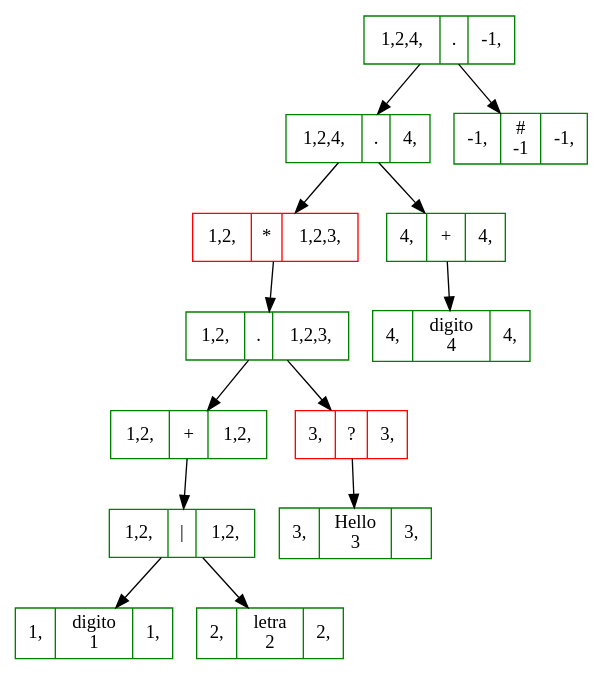
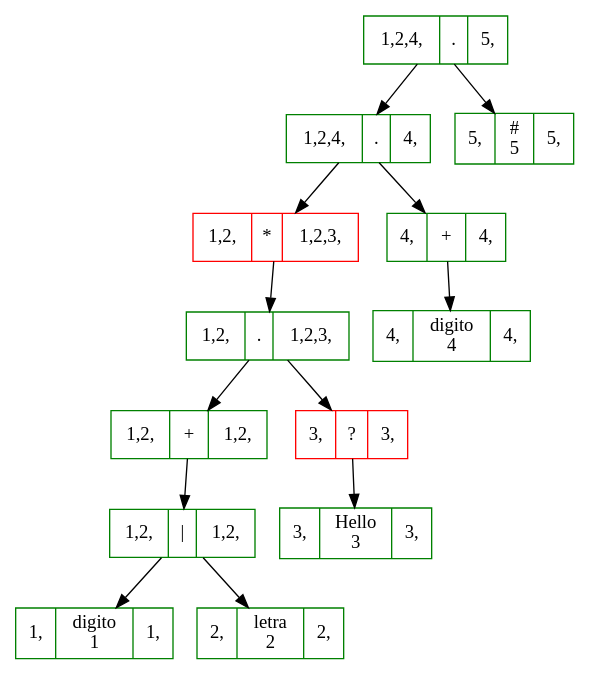
One commit to diegomazariegos2002/OLC1-P1-202003975 changed the diagram in OLC1-P1-202003975/decimal_Arbol.dot. Above: the diagram before and after it, drawn with Graphviz. The commit also changed 50 other files, not shown here.

```diff
--- a/OLC1-P1-202003975/decimal_Arbol.dot
+++ b/OLC1-P1-202003975/decimal_Arbol.dot
@@ -1,53 +1,53 @@
 digraph structs { 
 node[shape = box]; 
 node[shape = box, color = green]; 
-Nodo726281927[shape=record, label = "<f0> 1,2,4, | <f1>. | <f2> -1,"];
+Nodo1306854175[shape=record, label = "<f0> 1,2,4, | <f1>. | <f2> 5,"];
 node[shape = box, color = green]; 
-Nodo1151755506[shape=record, label = "<f0> 1,2,4, | <f1>. | <f2> 4,"];
+Nodo1088872417[shape=record, label = "<f0> 1,2,4, | <f1>. | <f2> 4,"];
 node[shape = box, color = red]; 
-Nodo2141179775[shape=record, label = "<f0> 1,2, | <f1>* | <f2> 1,2,3,"];
+Nodo453523494[shape=record, label = "<f0> 1,2, | <f1>* | <f2> 1,2,3,"];
 node[shape = box, color = green]; 
-Nodo592959754[shape=record, label = "<f0> 1,2, | <f1>. | <f2> 1,2,3,"];
+Nodo274722023[shape=record, label = "<f0> 1,2, | <f1>. | <f2> 1,2,3,"];
 node[shape = box, color = green]; 
-Nodo1663619914[shape=record, label = "<f0> 1,2, | <f1>+ | <f2> 1,2,"];
+Nodo1052967153[shape=record, label = "<f0> 1,2, | <f1>+ | <f2> 1,2,"];
 node[shape = box, color = green]; 
-Nodo341748265[shape=record, label = "<f0> 1,2, | <f1>\| | <f2> 1,2,"];
+Nodo1210898719[shape=record, label = "<f0> 1,2, | <f1>\| | <f2> 1,2,"];
 node[shape = box, color = green]; 
-Nodo364604394[shape=record, label = "<f0> 1, | <f1>digito\n1 | <f2> 1,"];
+Nodo306123060[shape=record, label = "<f0> 1, | <f1>digito\n1 | <f2> 1,"];
 node[shape = box, color = green]; 
-Nodo146370526[shape=record, label = "<f0> 2, | <f1>letra\n2 | <f2> 2,"];
+Nodo2104028992[shape=record, label = "<f0> 2, | <f1>letra\n2 | <f2> 2,"];
 node[shape = box, color = red]; 
-Nodo758013696[shape=record, label = "<f0> 3, | <f1>? | <f2> 3,"];
+Nodo1527430292[shape=record, label = "<f0> 3, | <f1>? | <f2> 3,"];
 node[shape = box, color = green]; 
-Nodo1279309678[shape=record, label = "<f0> 3, | <f1>Hello\n3 | <f2> 3,"];
+Nodo1975546571[shape=record, label = "<f0> 3, | <f1>Hello\n3 | <f2> 3,"];
 node[shape = box, color = green]; 
-Nodo48914743[shape=record, label = "<f0> 4, | <f1>+ | <f2> 4,"];
+Nodo521960438[shape=record, label = "<f0> 4, | <f1>+ | <f2> 4,"];
 node[shape = box, color = green]; 
-Nodo1106131243[shape=record, label = "<f0> 4, | <f1>digito\n4 | <f2> 4,"];
+Nodo632587706[shape=record, label = "<f0> 4, | <f1>digito\n4 | <f2> 4,"];
 node[shape = box, color = green]; 
-Nodo510109769[shape=record, label = "<f0> -1, | <f1>#\n-1 | <f2> -1,"];
+Nodo726950788[shape=record, label = "<f0> 5, | <f1>#\n5 | <f2> 5,"];
 
-Nodo726281927 -> Nodo1151755506; 
+Nodo1306854175 -> Nodo1088872417; 
 
-Nodo726281927 -> Nodo510109769; 
+Nodo1306854175 -> Nodo726950788; 
 
-Nodo1151755506 -> Nodo2141179775; 
+Nodo1088872417 -> Nodo453523494; 
 
-Nodo1151755506 -> Nodo48914743; 
+Nodo1088872417 -> Nodo521960438; 
 
-Nodo2141179775 -> Nodo592959754; 
+Nodo453523494 -> Nodo274722023; 
 
-Nodo592959754 -> Nodo1663619914; 
+Nodo274722023 -> Nodo1052967153; 
 
-Nodo592959754 -> Nodo758013696; 
+Nodo274722023 -> Nodo1527430292; 
 
-Nodo1663619914 -> Nodo341748265; 
+Nodo1052967153 -> Nodo1210898719; 
 
-Nodo341748265 -> Nodo364604394; 
+Nodo1210898719 -> Nodo306123060; 
 
-Nodo341748265 -> Nodo146370526; 
+Nodo1210898719 -> Nodo2104028992; 
 
-Nodo758013696 -> Nodo1279309678; 
+Nodo1527430292 -> Nodo1975546571; 
 
-Nodo48914743 -> Nodo1106131243; 
+Nodo521960438 -> Nodo632587706; 
 }
```
